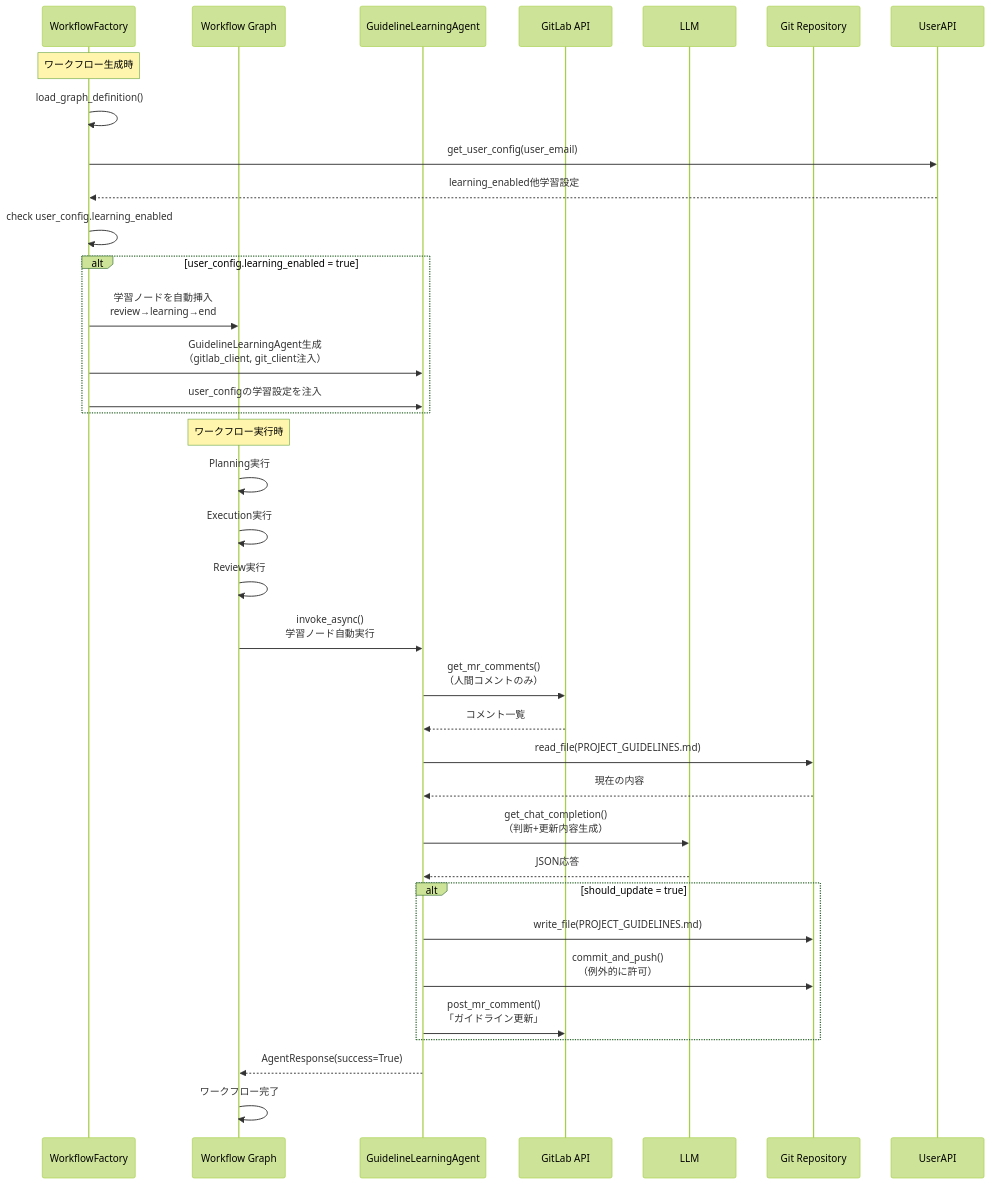
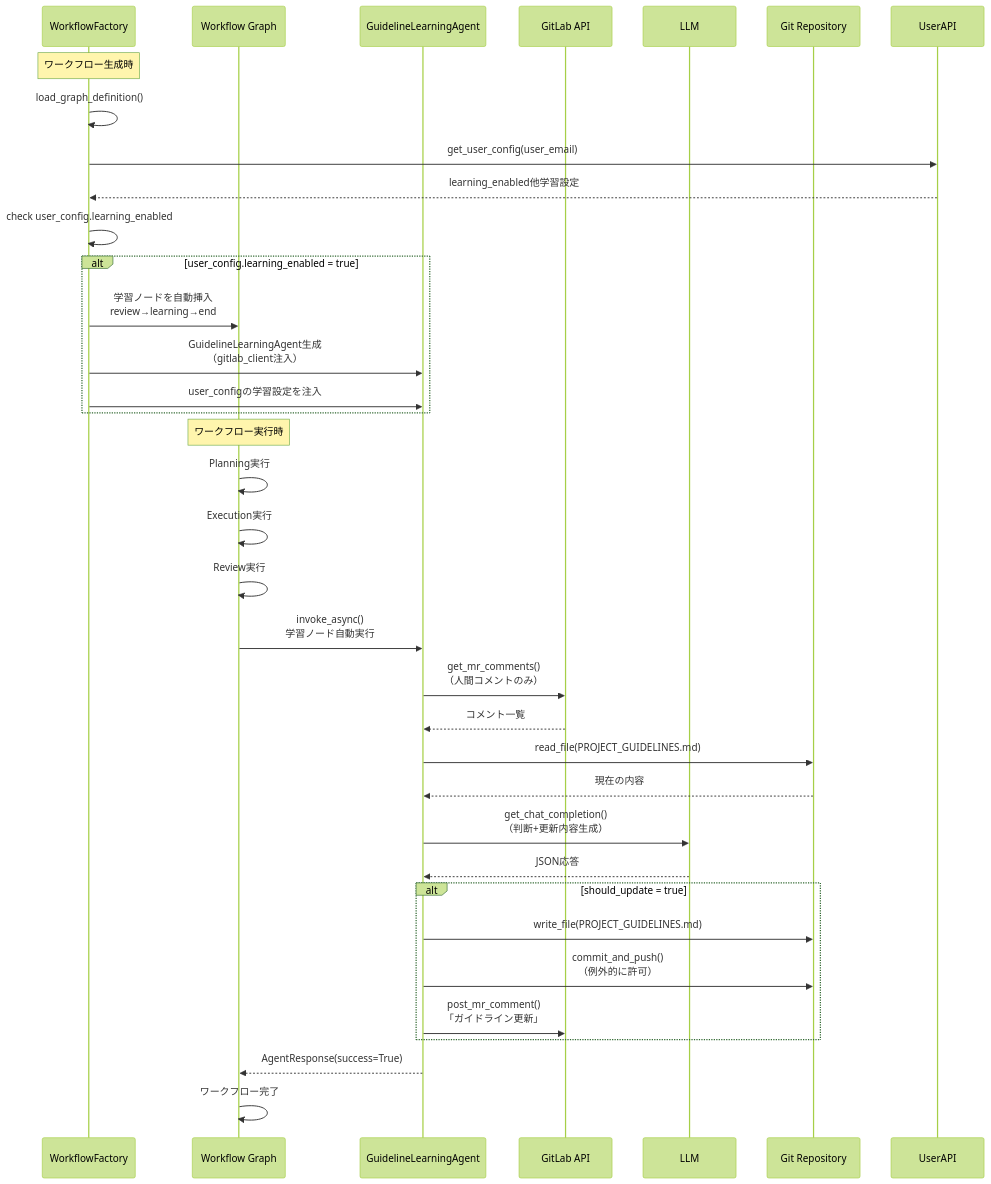
Before and after one commit to notfolder/CodeAgentOrchestrator: diagram 14 of 15 in docs/AUTOMATA_CODEX_SPEC.md, drawn with Mermaid (forest theme). The commit also changed other lines of this file and 2 other files, not shown here.

First line of the commit message:
Refactor: Remove git_client references from documentation and update related workflows

````diff
--- a/docs/AUTOMATA_CODEX_SPEC.md
+++ b/docs/AUTOMATA_CODEX_SPEC.md
@@ -3104,45 +3102,45 @@
 ```mermaid
 sequenceDiagram
     participant WF as WorkflowFactory
     participant Graph as Workflow Graph
     participant LA as GuidelineLearningAgent
     participant GL as GitLab API
     participant LLM as LLM
     participant Git as Git Repository
     
     Note over WF: ワークフロー生成時
     WF->>WF: load_graph_definition()
     WF->>UserAPI: get_user_config(user_email)
     UserAPI-->>WF: learning_enabled他学習設定
     WF->>WF: check user_config.learning_enabled
     
     alt user_config.learning_enabled = true
         WF->>Graph: 学習ノードを自動挿入<br/>review→learning→end
-        WF->>LA: GuidelineLearningAgent生成<br/>（gitlab_client, git_client注入）
+        WF->>LA: GuidelineLearningAgent生成<br/>（gitlab_client注入）
         WF->>LA: user_configの学習設定を注入
     end
     
     Note over Graph: ワークフロー実行時
     Graph->>Graph: Planning実行
     Graph->>Graph: Execution実行
     Graph->>Graph: Review実行
     Graph->>LA: invoke_async()<br/>学習ノード自動実行
     
     LA->>GL: get_mr_comments()<br/>（人間コメントのみ）
     GL-->>LA: コメント一覧
     
     LA->>Git: read_file(PROJECT_GUIDELINES.md)
     Git-->>LA: 現在の内容
     
     LA->>LLM: get_chat_completion()<br/>（判断+更新内容生成）
     LLM-->>LA: JSON応答
     
     alt should_update = true
         LA->>Git: write_file(PROJECT_GUIDELINES.md)
         LA->>Git: commit_and_push()<br/>（例外的に許可）
         LA->>GL: post_mr_comment()<br/>「ガイドライン更新」
     end
     
     LA-->>Graph: AgentResponse(success=True)
     Graph->>Graph: ワークフロー完了
 ```
````
